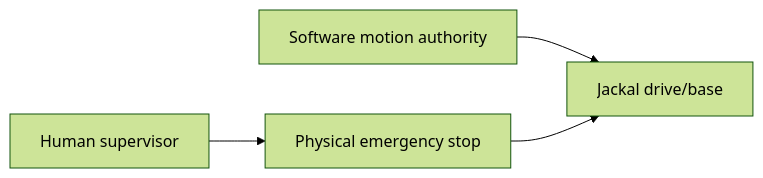
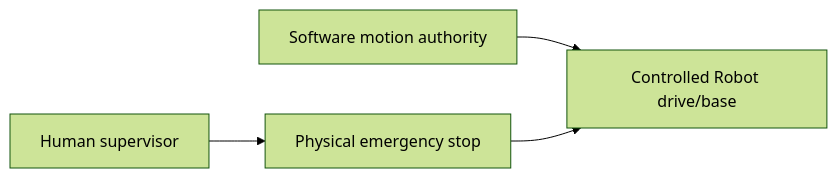
Before and after one commit to kirolossedra/RIS-Robotics: diagram 16 of 21 in system/architecture.md, drawn with Mermaid (forest theme). The commit also changed other lines of this file and 7 other files, not shown here.

````diff
--- a/system/architecture.md
+++ b/system/architecture.md
@@ -451,11 +466,11 @@
 ```mermaid
 flowchart LR
     SW[Software motion authority]
     HW[Physical emergency stop]
-    BASE[Jackal drive/base]
+    BASE[Controlled Robot drive/base]
     HUMAN[Human supervisor]
 
     SW --> BASE
     HW --> BASE
     HUMAN --> HW
 ```
````
